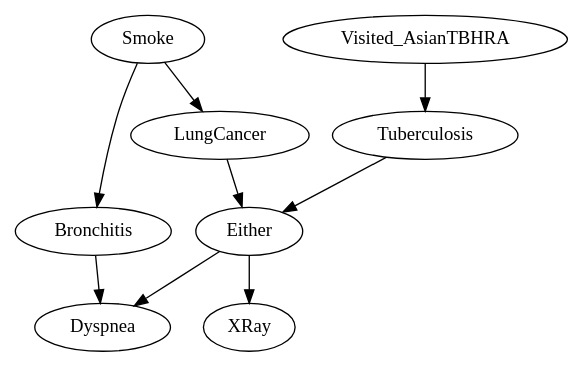
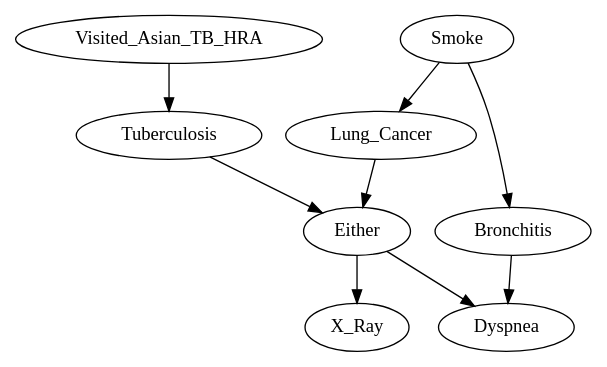
One commit to artiste-qb-net/quantum-fog changed the diagram in examples_cbnets/asia_.dot. Above: the diagram before and after it, drawn with Graphviz. The commit also changed 2 other files, not shown here.

```diff
--- a/examples_cbnets/asia_.dot
+++ b/examples_cbnets/asia_.dot
@@ -1,18 +1,18 @@
-strict digraph G {
+strict digraph "" {
+"Visited_Asian_TB_HRA";
+Smoke;
+Dyspnea;
+Bronchitis;
+"Lung_Cancer";
 Tuberculosis;
-XRay;
-LungCancer;
-Bronchitis;
-Smoke;
-Visited_AsianTBHRA;
-Dyspnea;
 Either;
+"X_Ray";
+"Visited_Asian_TB_HRA" -> Tuberculosis;
+Smoke -> "Lung_Cancer";
+Smoke -> Bronchitis;
+Bronchitis -> Dyspnea;
+"Lung_Cancer" -> Either;
 Tuberculosis -> Either;
-LungCancer -> Either;
-Bronchitis -> Dyspnea;
-Smoke -> LungCancer;
-Smoke -> Bronchitis;
-Visited_AsianTBHRA -> Tuberculosis;
-Either -> XRay;
 Either -> Dyspnea;
+Either -> "X_Ray";
 }
```
